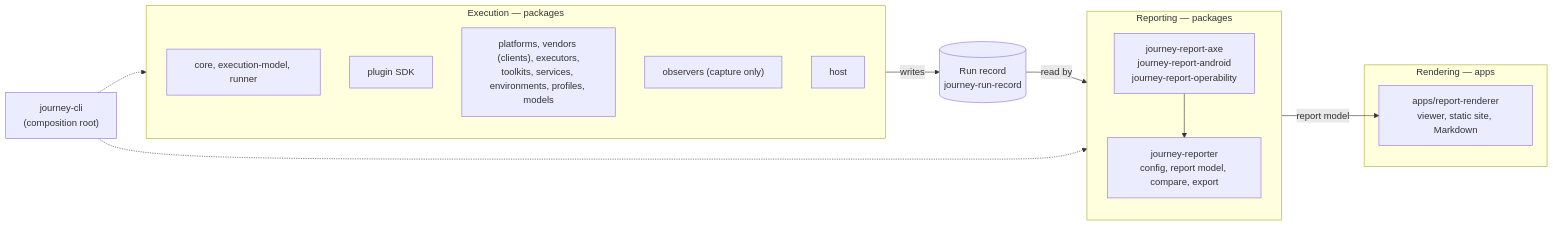
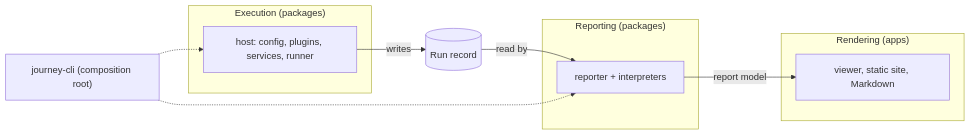
Before and after one commit to openuji/journey-mesh: the diagram in docs/architecture.md, drawn with Mermaid. The commit also changed other lines of this file and 29 other files, not shown here.

````diff
--- a/docs/architecture.md
+++ b/docs/architecture.md
@@ -6,26 +10,16 @@
 ```mermaid
 flowchart LR
-  subgraph execution["Execution — packages"]
-    direction TB
-    core["core, execution-model, runner"]
-    plugin["plugin SDK"]
-    caps["platforms, vendors (clients), executors,<br/>toolkits, services, environments, profiles, models"]
-    observers["observers (capture only)"]
-    host["host"]
+  subgraph execution["Execution (packages)"]
+    host["host: config, plugins, services, runner"]
   end
-  record[("Run record<br/>journey-run-record")]
-  subgraph reporting["Reporting — packages"]
-    direction TB
-    reporter["journey-reporter<br/>config, report model, compare, export"]
-    interpreters["journey-report-axe<br/>journey-report-android<br/>journey-report-operability"]
+  record[("Run record")]
+  subgraph reporting["Reporting (packages)"]
+    reporter["reporter + interpreters"]
   end
-  subgraph rendering["Rendering — apps"]
-    renderer["apps/report-renderer<br/>viewer, static site, Markdown"]
+  subgraph rendering["Rendering (apps)"]
+    renderer["viewer, static site, Markdown"]
   end
-  host -->|writes| record
-  record -->|read by| reporter
-  interpreters --> reporter
-  reporter -->|report model| renderer
-  cli["journey-cli<br/>(composition root)"] -.-> host
+  host -->|writes| record -->|read by| reporter -->|report model| renderer
+  cli["journey-cli (composition root)"] -.-> host
   cli -.-> reporter
 ```
````
